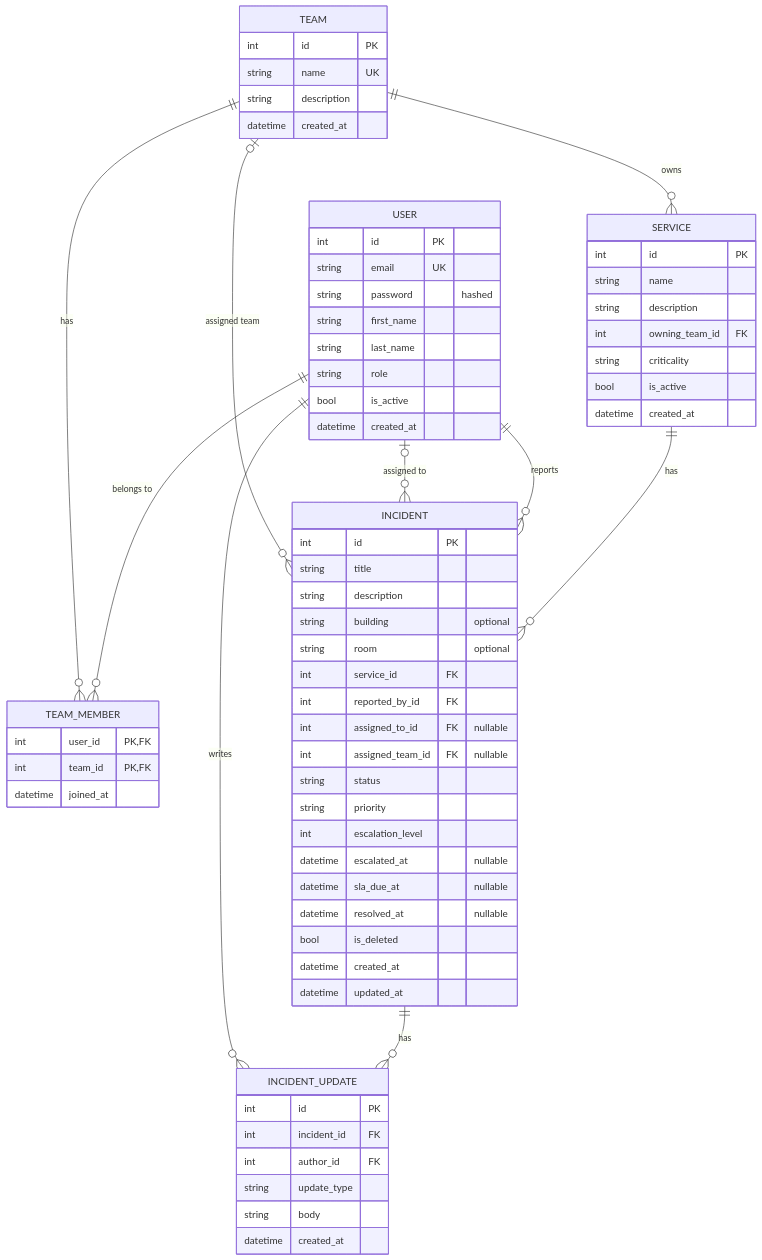
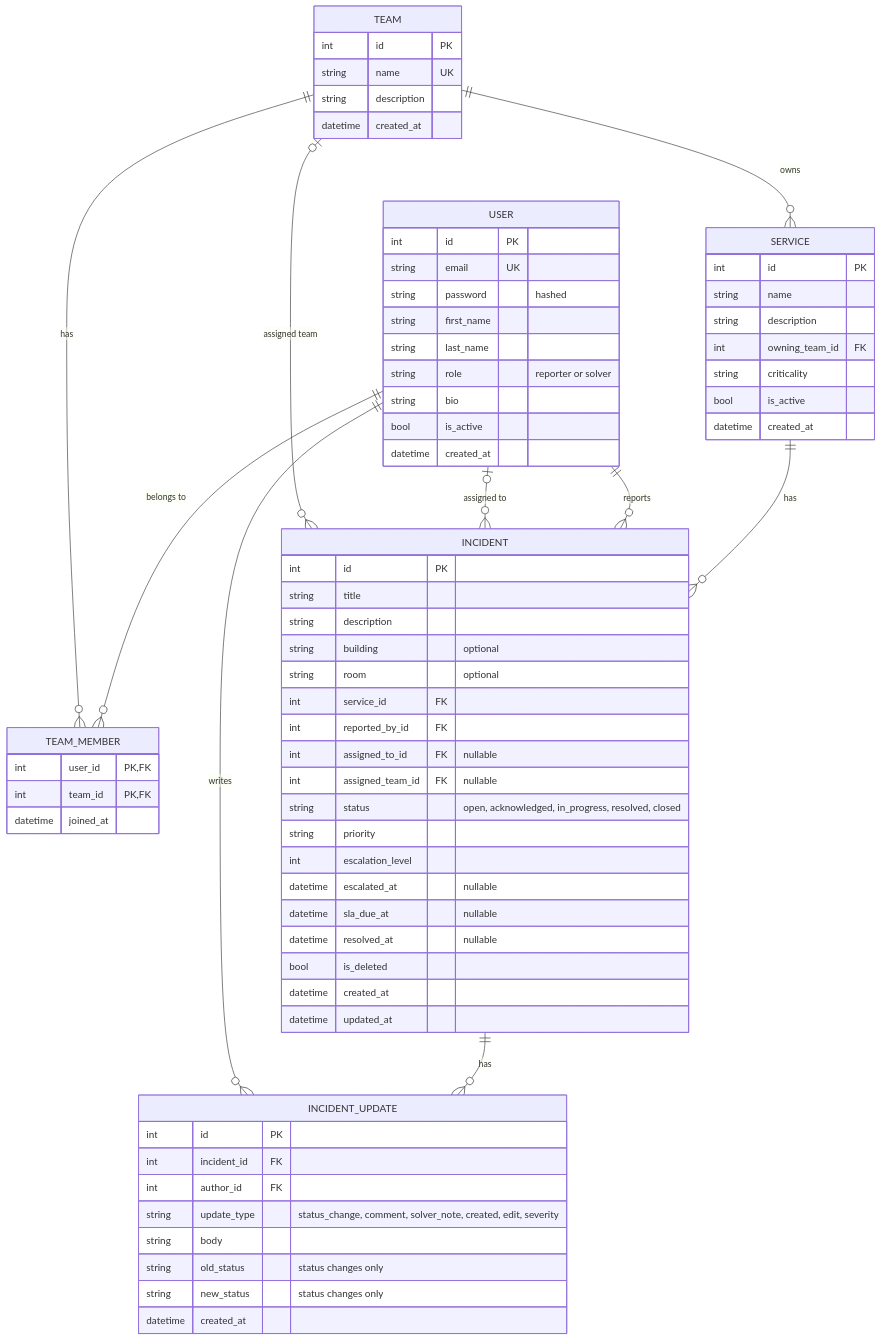
Before and after one commit to ZiedRbd/COSC-3339-Fall-2026-Term-Project: the diagram in docs/ER-DIAGRAM.md, drawn with Mermaid. The commit also changed 5 other files, not shown here.

Commit message:
Seed four reporters and four solvers, add edge-case tests, update ER diagram and README

````diff
--- a/docs/ER-DIAGRAM.md
+++ b/docs/ER-DIAGRAM.md
@@ -3,76 +3,79 @@
 ```mermaid
 erDiagram
     USER ||--o{ TEAM_MEMBER : "belongs to"
     TEAM ||--o{ TEAM_MEMBER : "has"
     TEAM ||--o{ SERVICE : "owns"
     SERVICE ||--o{ INCIDENT : "has"
     USER ||--o{ INCIDENT : "reports"
     USER o|--o{ INCIDENT : "assigned to"
     TEAM o|--o{ INCIDENT : "assigned team"
     INCIDENT ||--o{ INCIDENT_UPDATE : "has"
     USER ||--o{ INCIDENT_UPDATE : "writes"
 
     USER {
         int id PK
         string email UK
         string password "hashed"
         string first_name
         string last_name
-        string role
+        string role "reporter or solver"
+        string bio
         bool is_active
         datetime created_at
     }
 
     TEAM {
         int id PK
         string name UK
         string description
         datetime created_at
     }
 
     TEAM_MEMBER {
         int user_id PK,FK
         int team_id PK,FK
         datetime joined_at
     }
 
     SERVICE {
         int id PK
         string name
         string description
         int owning_team_id FK
         string criticality
         bool is_active
         datetime created_at
     }
 
     INCIDENT {
         int id PK
         string title
         string description
         string building "optional"
         string room "optional"
         int service_id FK
         int reported_by_id FK
         int assigned_to_id FK "nullable"
         int assigned_team_id FK "nullable"
-        string status
+        string status "open, acknowledged, in_progress, resolved, closed"
         string priority
         int escalation_level
         datetime escalated_at "nullable"
         datetime sla_due_at "nullable"
         datetime resolved_at "nullable"
         bool is_deleted
         datetime created_at
         datetime updated_at
     }
 
     INCIDENT_UPDATE {
         int id PK
         int incident_id FK
         int author_id FK
-        string update_type
+        string update_type "status_change, comment, solver_note, created, edit, severity"
         string body
+        string old_status "status changes only"
+        string new_status "status changes only"
         datetime created_at
     }
 ```
````
